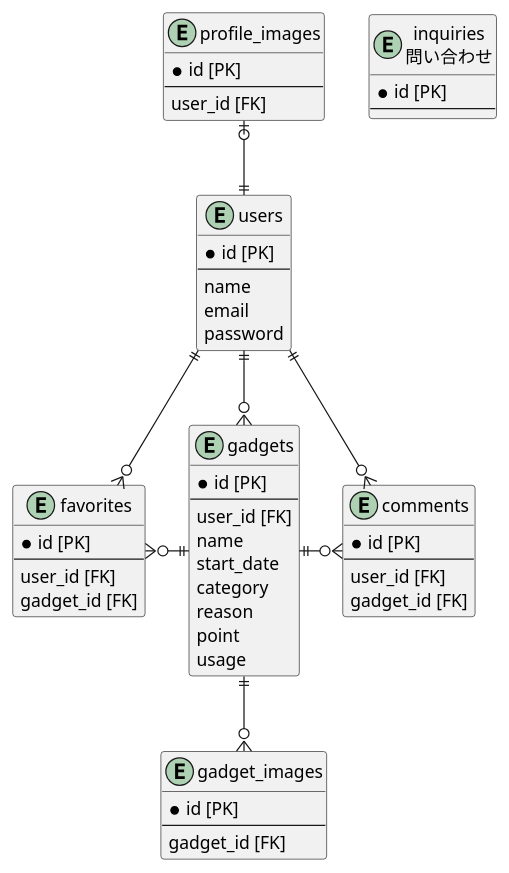
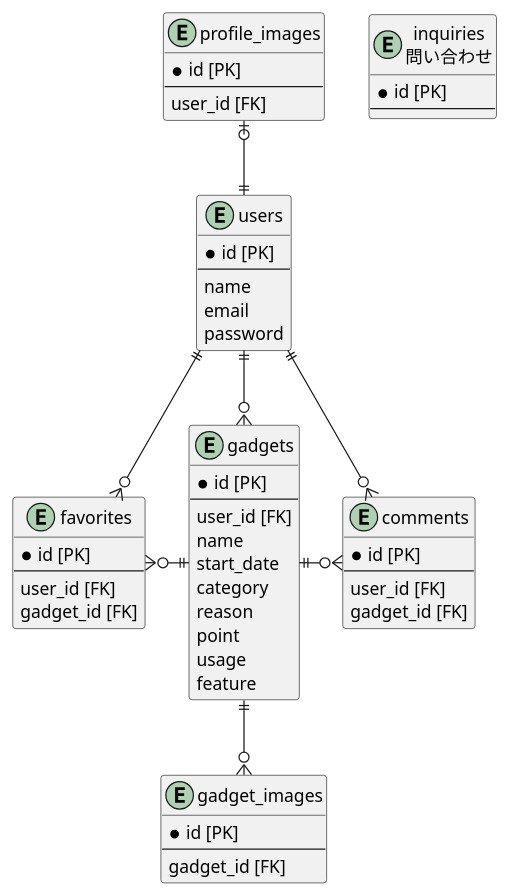
One commit to darutani/Portfolio-OshiGadge changed the diagram in erd.pu. Above: the diagram before and after it, drawn with PlantUML.

Commit message:
update: ガジェットの特徴の情報を格納するカラムを追加するため、gadgetsにfeatureを追加

```diff
--- a/erd.pu
+++ b/erd.pu
@@ -1,62 +1,63 @@
 @startuml OshiGadge
 
 entity users {
   *id [PK]
   --
   name
   email
   password
 }
 
 entity gadgets {
   *id [PK]
   --
   user_id [FK]
   name
   start_date
   category
   reason
   point
   usage
+  feature
 }
 
 entity favorites {
   *id [PK]
   --
   user_id [FK]
   gadget_id [FK]
 }
 
 entity comments {
   *id [PK]
   --
   user_id [FK]
   gadget_id [FK]
 }
 
 entity inquiries as "inquiries\n問い合わせ" {
   *id [PK]
   --
 }
 
 entity profile_images {
   *id [PK]
   --
   user_id [FK]
 }
 
 entity gadget_images {
   *id [PK]
   --
   gadget_id [FK]
 }
 
 users ||--o{ gadgets
 users ||-u-o| profile_images
 users ||--o{ comments
 users ||--o{ favorites
 gadgets ||-r-o{ comments
 gadgets ||-d-o{ gadget_images
 gadgets ||-l-o{ favorites
 
 @enduml
```
